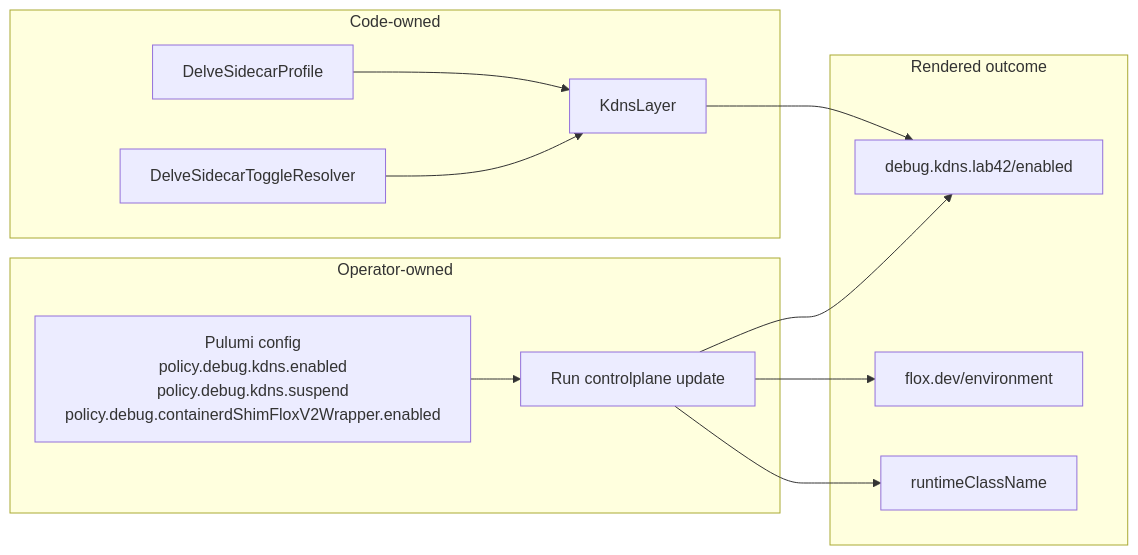
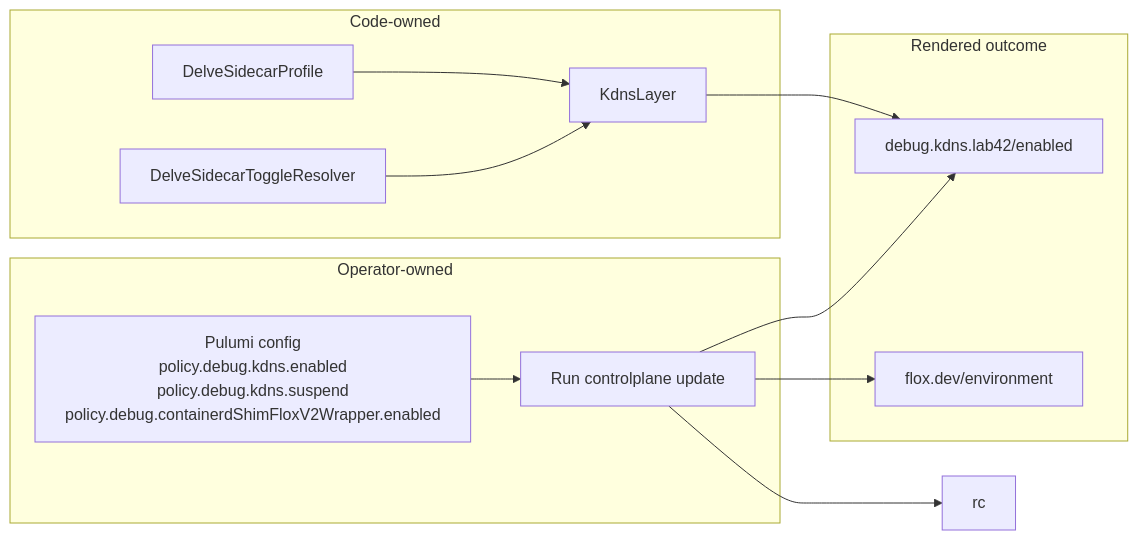
One commit to nxmatic/rke2lab changed the second of 2 diagrams in docs/kdns-debug-operator-view.adoc. Above: the diagram before and after it, drawn with Mermaid. The commit also changed other lines of this file and 7 other files, not shown here.

```diff
--- a/docs/kdns-debug-operator-view.adoc
+++ b/docs/kdns-debug-operator-view.adoc
@@ -91,28 +90,27 @@
 [mermaid,kdns-debug-operator-split,svg]
 ----
 flowchart LR
     subgraph Ops[Operator-owned]
       cfg[Pulumi config<br/>policy.debug.kdns.enabled<br/>policy.debug.kdns.suspend<br/>policy.debug.containerdShimFloxV2Wrapper.enabled]
       run[Run controlplane update]
     end
 
     subgraph Code[Code-owned]
       kdns[KdnsLayer]
       profile[DelveSidecarProfile]
       resolver[DelveSidecarToggleResolver]
     end
 
     subgraph Runtime[Rendered outcome]
       anno[debug.kdns.lab42/enabled]
       env[flox.dev/environment]
-      rc[runtimeClassName]
     end
 
     cfg --> run
     run --> anno
     run --> env
     run --> rc
     resolver --> kdns
     profile --> kdns
     kdns --> anno
 ----
```
